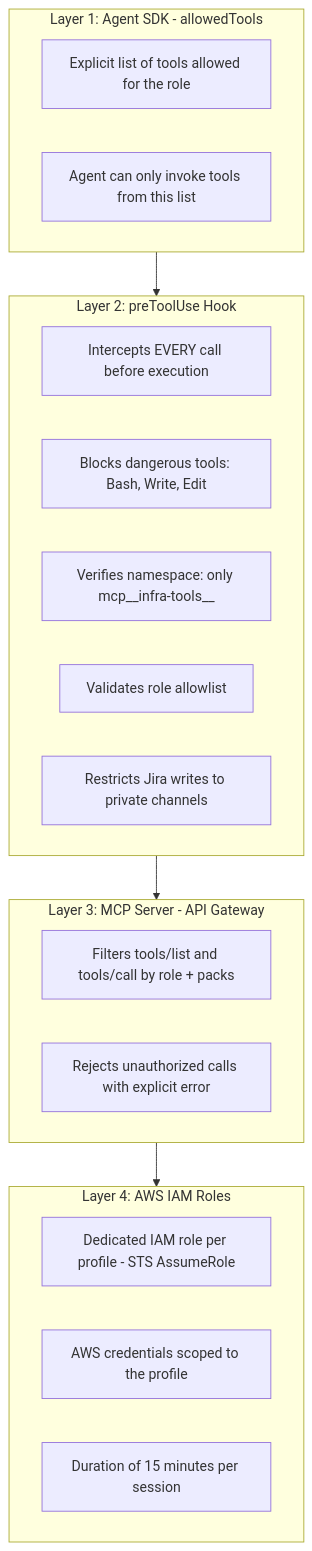
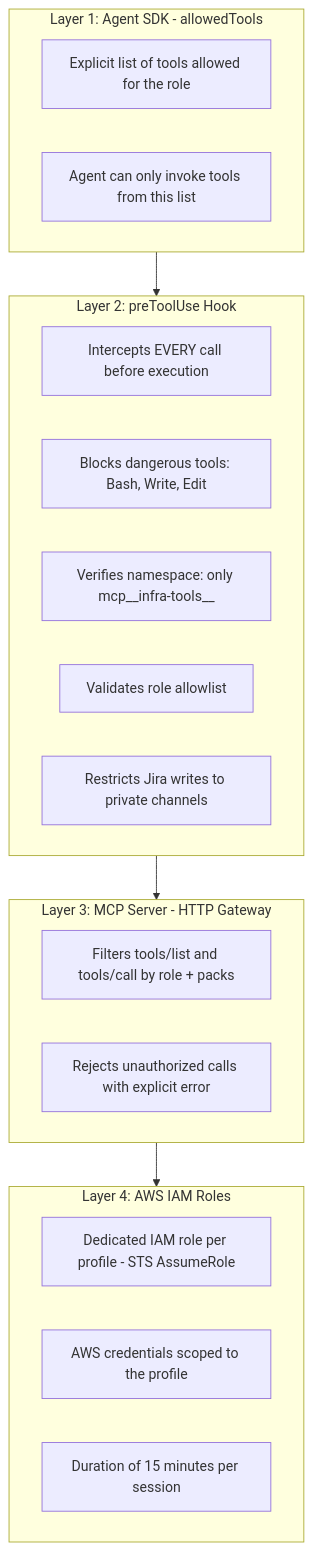
Diagram 11 of 31 in docs/book/agentrun-book.md (phbruce/agentrun), drawn with Mermaid before and after one commit. The commit also changed other lines of this file, not shown here.

````diff
--- a/docs/book/agentrun-book.md
+++ b/docs/book/agentrun-book.md
@@ -1686,24 +1689,24 @@
 ```mermaid
 graph TD
     subgraph L1["Layer 1: Agent SDK - allowedTools"]
         L1A["Explicit list of tools allowed for the role"]
         L1B["Agent can only invoke tools from this list"]
     end
     subgraph L2["Layer 2: preToolUse Hook"]
         L2A["Intercepts EVERY call before execution"]
         L2B["Blocks dangerous tools: Bash, Write, Edit"]
         L2C["Verifies namespace: only mcp__infra-tools__"]
         L2D["Validates role allowlist"]
         L2E["Restricts Jira writes to private channels"]
     end
-    subgraph L3["Layer 3: MCP Server - API Gateway"]
+    subgraph L3["Layer 3: MCP Server - HTTP Gateway"]
         L3A["Filters tools/list and tools/call by role + packs"]
         L3B["Rejects unauthorized calls with explicit error"]
     end
     subgraph L4["Layer 4: AWS IAM Roles"]
         L4A["Dedicated IAM role per profile - STS AssumeRole"]
         L4B["AWS credentials scoped to the profile"]
         L4C["Duration of 15 minutes per session"]
     end
     L1 --> L2 --> L3 --> L4
 ```
````
